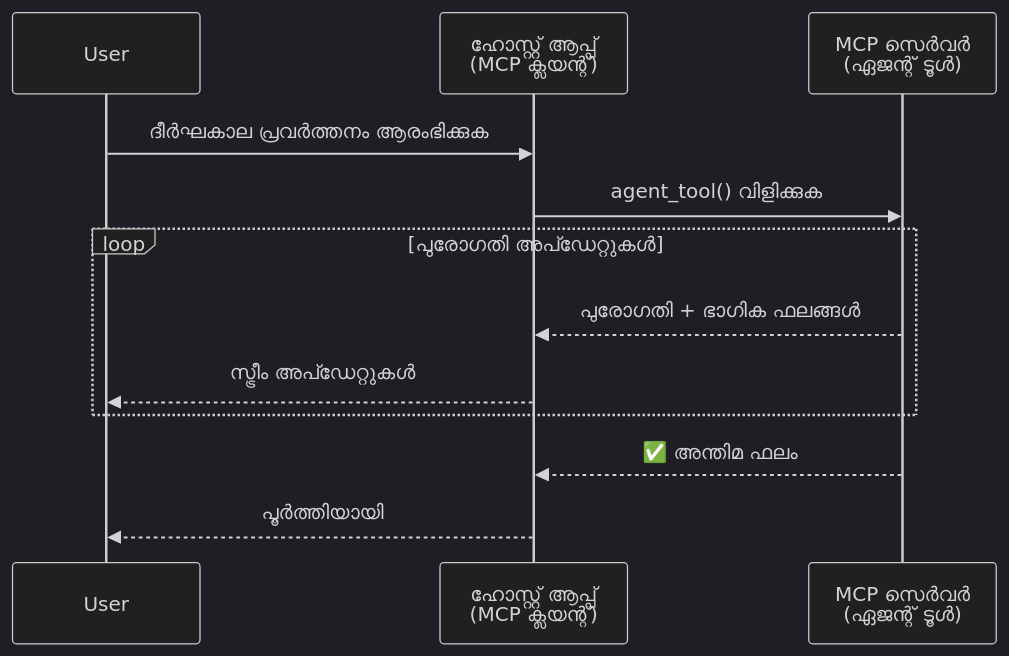
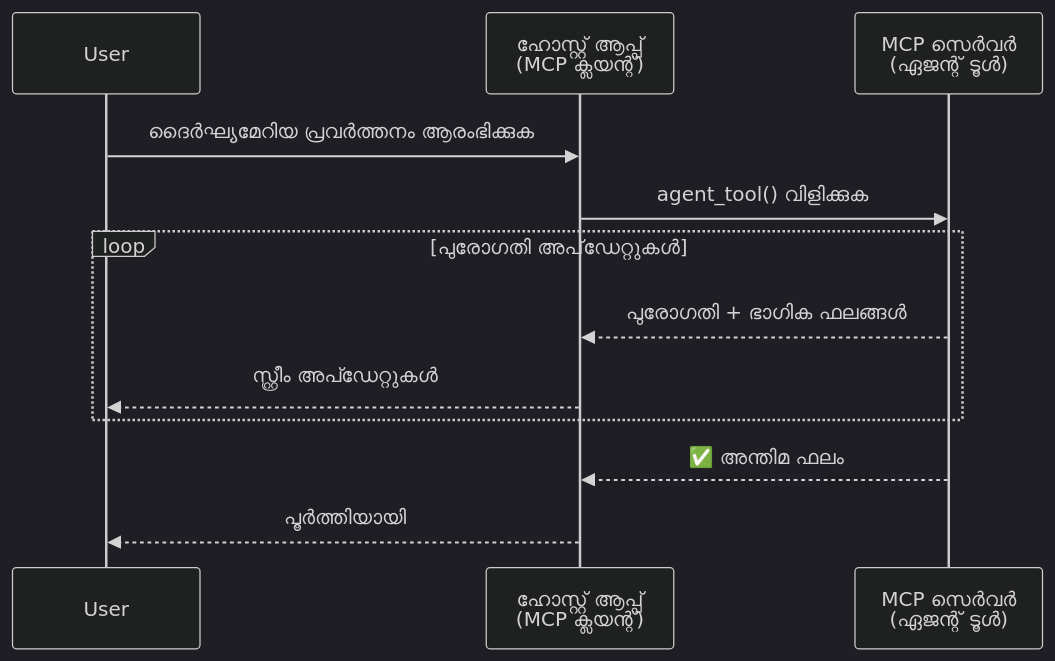
Before and after one commit to gabrielmoreira/agent-skills-mirror: the first of 5 diagrams in mirrors/repos/microsoft@ai-agents-for-beginners/translations/ml/11-agentic-protocols/code_samples/mcp-agents/README.md, drawn with Mermaid (dark theme). The commit also changed other lines of this file and 4482 other files, not shown here.

````diff
--- a/mirrors/repos/microsoft@ai-agents-for-beginners/translations/ml/11-agentic-protocols/code_samples/mcp-agents/README.md
+++ b/mirrors/repos/microsoft@ai-agents-for-beginners/translations/ml/11-agentic-protocols/code_samples/mcp-agents/README.md
@@ -46,17 +46,17 @@
 ```mermaid
 sequenceDiagram
     participant User
     participant Host as ഹോസ്റ്റ് ആപ്പ്<br/>(MCP ക്ലയന്റ്)
     participant Server as MCP സെർവർ<br/>(ഏജന്റ് ടൂൾ)
 
-    User->>Host: ദീർഘകാല പ്രവർത്തനം ആരംഭിക്കുക
+    User->>Host: ദൈർഘ്യമേറിയ പ്രവർത്തനം ആരംഭിക്കുക
     Host->>Server: agent_tool() വിളിക്കുക
 
-    loop പുരോഗതി അപ്ഡേറ്റുകൾ
+    loop പുരോഗതി അപ്‌ഡേറ്റുകൾ
         Server-->>Host: പുരോഗതി + ഭാഗിക ഫലങ്ങൾ
-        Host-->>User: സ്ട്രീം അപ്ഡേറ്റുകൾ
+        Host-->>User: സ്റ്റ്രീം അപ്ഡേറ്റുകൾ
     end
 
     Server-->>Host: ✅ അന്തിമ ഫലം
     Host-->>User: പൂർത്തിയായി
 ```
````
